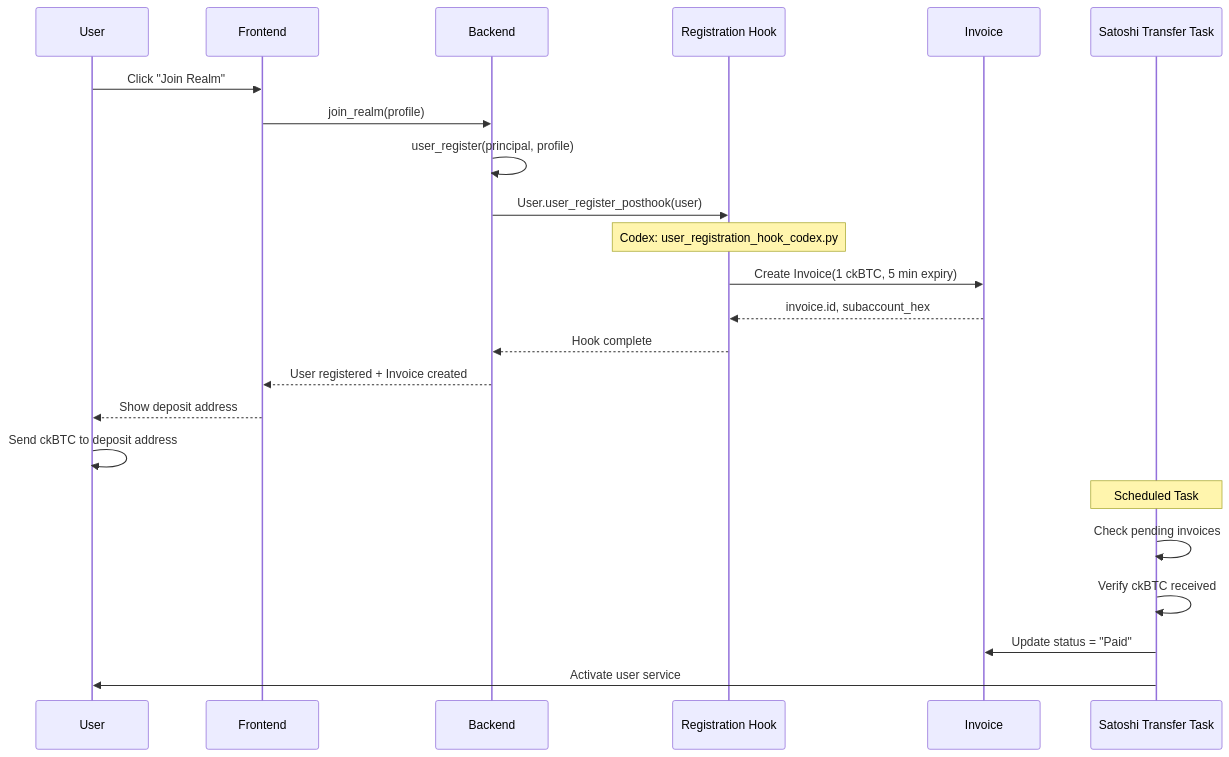
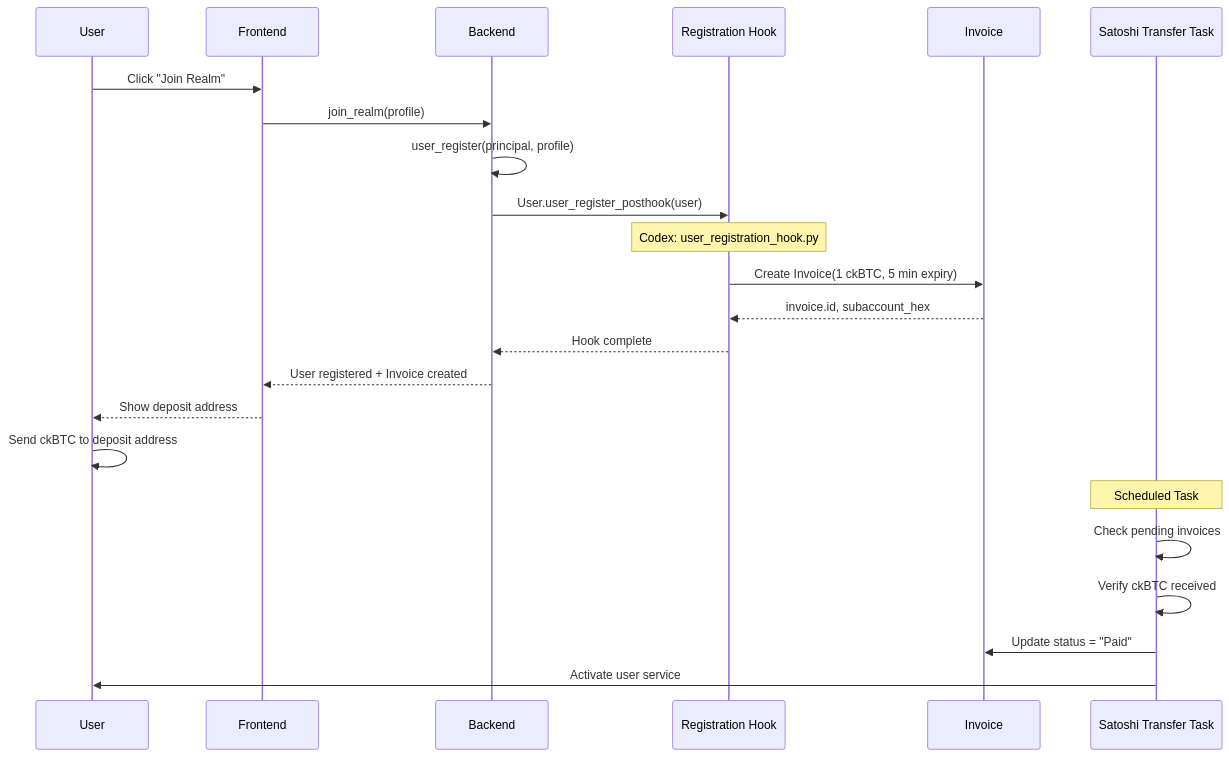
One commit to smart-social-contracts/realms changed the first of 2 diagrams in docs/reference/EXAMPLE_DEMO.md. Above: the diagram before and after it, drawn with Mermaid. The commit also changed other lines of this file and 17 other files, not shown here.

````diff
--- a/docs/reference/EXAMPLE_DEMO.md
+++ b/docs/reference/EXAMPLE_DEMO.md
@@ -38,29 +38,29 @@
 ```mermaid
 sequenceDiagram
     participant U as User
     participant F as Frontend
     participant B as Backend
     participant H as Registration Hook
     participant I as Invoice
     participant T as Satoshi Transfer Task
 
     U->>F: Click "Join Realm"
     F->>B: join_realm(profile)
     B->>B: user_register(principal, profile)
     B->>H: User.user_register_posthook(user)
     
-    Note over H: Codex: user_registration_hook_codex.py
+    Note over H: Codex: user_registration_hook.py
     H->>I: Create Invoice(1 ckBTC, 5 min expiry)
     I-->>H: invoice.id, subaccount_hex
     H-->>B: Hook complete
     B-->>F: User registered + Invoice created
     F-->>U: Show deposit address
     
     U->>U: Send ckBTC to deposit address
     
     Note over T: Scheduled Task
     T->>T: Check pending invoices
     T->>T: Verify ckBTC received
     T->>I: Update status = "Paid"
     T->>U: Activate user service
 ```
````
